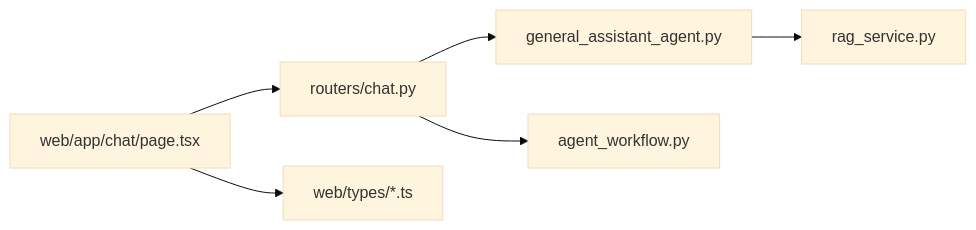
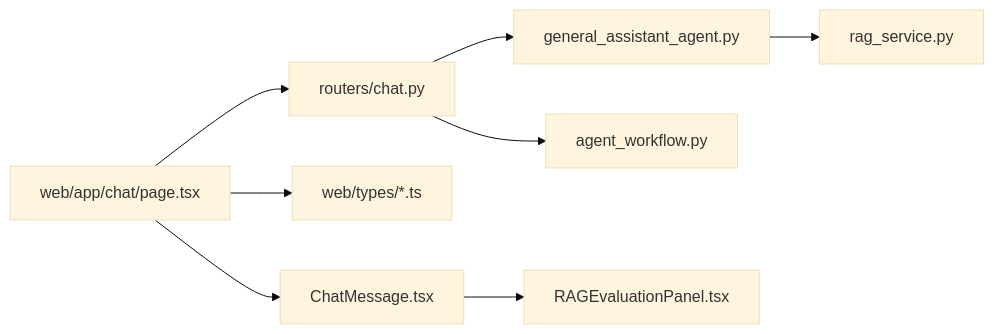
One commit to iammm0/advanced-rag changed the seventh of 7 diagrams in .qoder/repowiki/zh/content/核心功能模块/对话系统/对话系统.md. Above: the diagram before and after it, drawn with Mermaid (base theme). The commit also changed other lines of this file and 5 other files, not shown here.

````diff
--- a/.qoder/repowiki/zh/content/核心功能模块/对话系统/对话系统.md
+++ b/.qoder/repowiki/zh/content/核心功能模块/对话系统/对话系统.md
@@ -278,8 +326,10 @@
 ```mermaid
 graph LR
 ChatRouter["routers/chat.py"] --> GA["general_assistant_agent.py"]
 ChatRouter --> WF["agent_workflow.py"]
 GA --> RAG["rag_service.py"]
 FE["web/app/chat/page.tsx"] --> ChatRouter
 FE --> Types["web/types/*.ts"]
+FE --> ChatMessage["ChatMessage.tsx"]
+ChatMessage --> RAGEvalPanel["RAGEvaluationPanel.tsx"]
 ```
````
